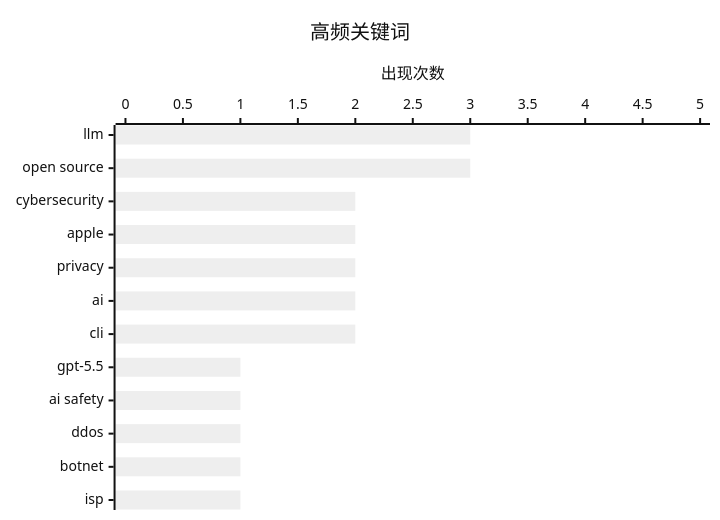
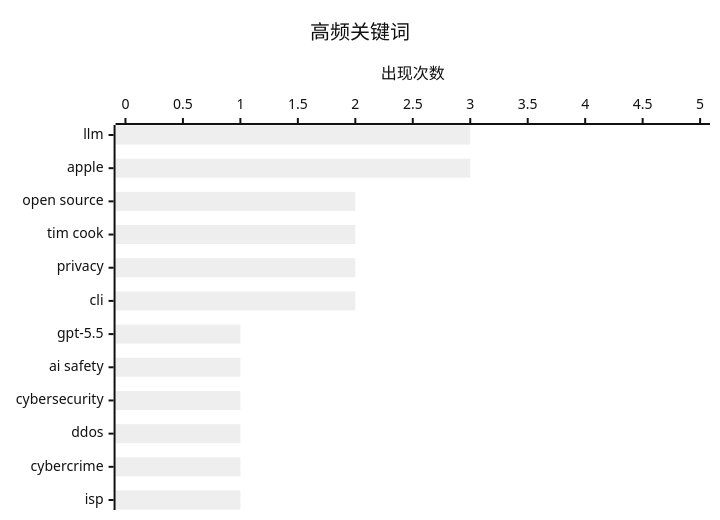
Before and after one commit to AllenX-Li/ai-daily-digest: the second of 2 diagrams in docs/digest-20260502.md, drawn with Mermaid (neutral theme). The commit also changed other lines of this file and 2 other files, not shown here.

````diff
--- a/docs/digest-20260502.md
+++ b/docs/digest-20260502.md
@@ -66,7 +66,7 @@
 ```mermaid
 xychart-beta horizontal
     title "高频关键词"
-    x-axis ["llm", "open source", "cybersecurity", "apple", "privacy", "ai", "cli", "gpt-5.5", "ai safety", "ddos", "botnet", "isp"]
+    x-axis ["llm", "apple", "open source", "tim cook", "privacy", "cli", "gpt-5.5", "ai safety", "cybersecurity", "ddos", "cybercrime", "isp"]
     y-axis "出现次数" 0 --> 5
-    bar [3, 3, 2, 2, 2, 2, 2, 1, 1, 1, 1, 1]
+    bar [3, 3, 2, 2, 2, 2, 1, 1, 1, 1, 1, 1]
 ```
````
